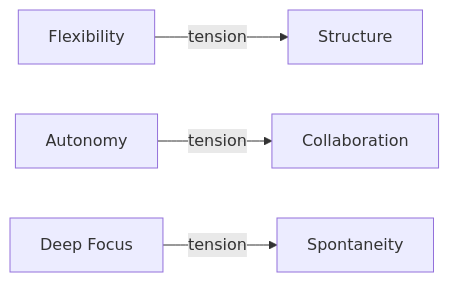
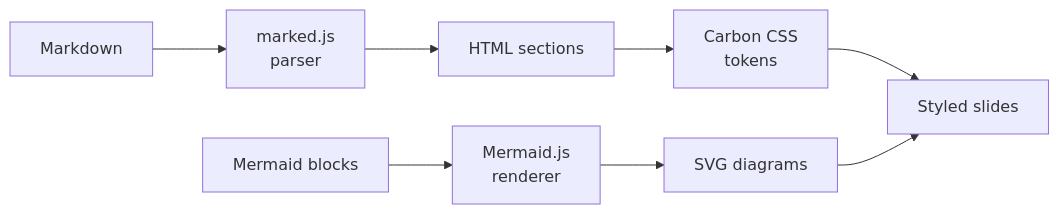
Before and after one commit to JavaFXpert/slides: the second of 10 diagrams in slides.md, drawn with Mermaid. The commit also changed other lines of this file and 1 other file, not shown here.

Commit message:
Put each type of carbon artifact supported in the slides demo.

````diff
--- a/slides.md
+++ b/slides.md
@@ -90,6 +308,11 @@
 ```mermaid
 flowchart LR
-    A[Flexibility] -->|tension| B[Structure]
-    C[Autonomy] -->|tension| D[Collaboration]
-    E[Deep Focus] -->|tension| F[Spontaneity]
+    A[Markdown] --> B[marked.js<br/>parser]
+    B --> C[HTML sections]
+    C --> D[Carbon CSS<br/>tokens]
+    D --> E[Styled slides]
+
+    F[Mermaid blocks] --> G[Mermaid.js<br/>renderer]
+    G --> H[SVG diagrams]
+    H --> E
 ```
````
